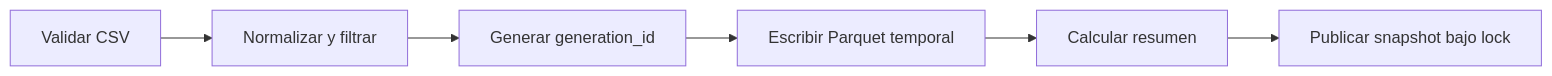
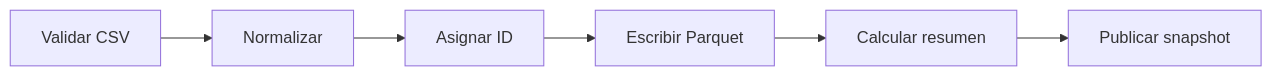
Before and after one commit to alanelap/servicio-rest-estadisticas-ventas: the second of 2 diagrams in README.md, drawn with Mermaid.

Commit message:
Ajusta el diagrama de ingesta

````diff
--- a/README.md
+++ b/README.md
@@ -264,8 +264,8 @@
 ```mermaid
 flowchart LR
-    A["Validar CSV"] --> B["Normalizar y filtrar"]
-    B --> C["Generar generation_id"]
-    C --> D["Escribir Parquet temporal"]
+    A["Validar CSV"] --> B["Normalizar"]
+    B --> C["Asignar ID"]
+    C --> D["Escribir Parquet"]
     D --> E["Calcular resumen"]
-    E --> F["Publicar snapshot bajo lock"]
+    E --> F["Publicar snapshot"]
 ```
````
